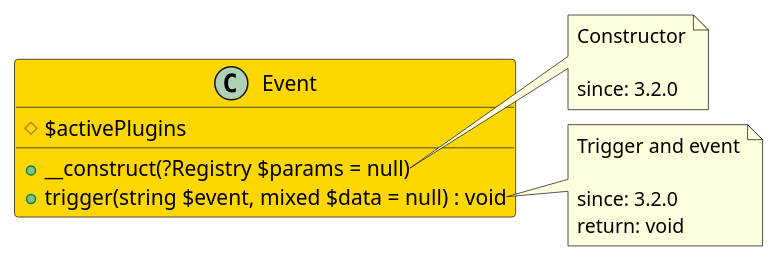
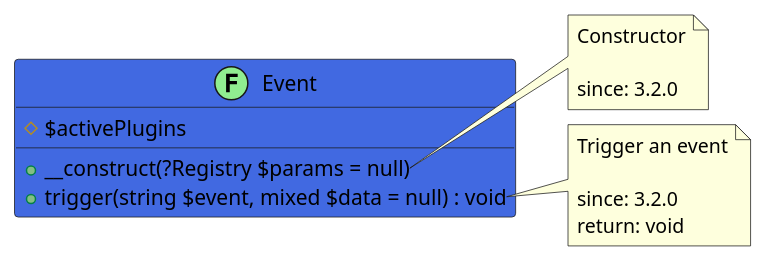
One commit to joomengine/jcb-compiler changed the diagram in src/4b86f62e-ce41-4325-a11a-08148807d0df/README.md. Above: the diagram before and after it, drawn with PlantUML. The commit also changed other lines of this file and 232 other files, not shown here.

````diff
--- a/src/4b86f62e-ce41-4325-a11a-08148807d0df/README.md
+++ b/src/4b86f62e-ce41-4325-a11a-08148807d0df/README.md
@@ -11,23 +11,23 @@
 ```uml
 @startuml
-class Event  #Gold {
+class Event << (F,LightGreen) >> #RoyalBlue {
   # $activePlugins
   + __construct(?Registry $params = null)
   + trigger(string $event, mixed $data = null) : void
 }
 
 note right of Event::__construct
   Constructor
 
   since: 3.2.0
 end note
 
 note right of Event::trigger
-  Trigger and event
+  Trigger an event
 
   since: 3.2.0
   return: void
 end note
  
 @enduml
 ```
````
